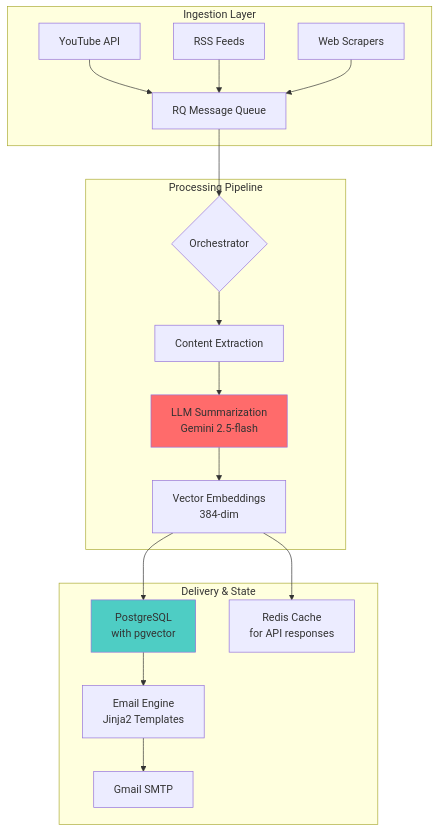
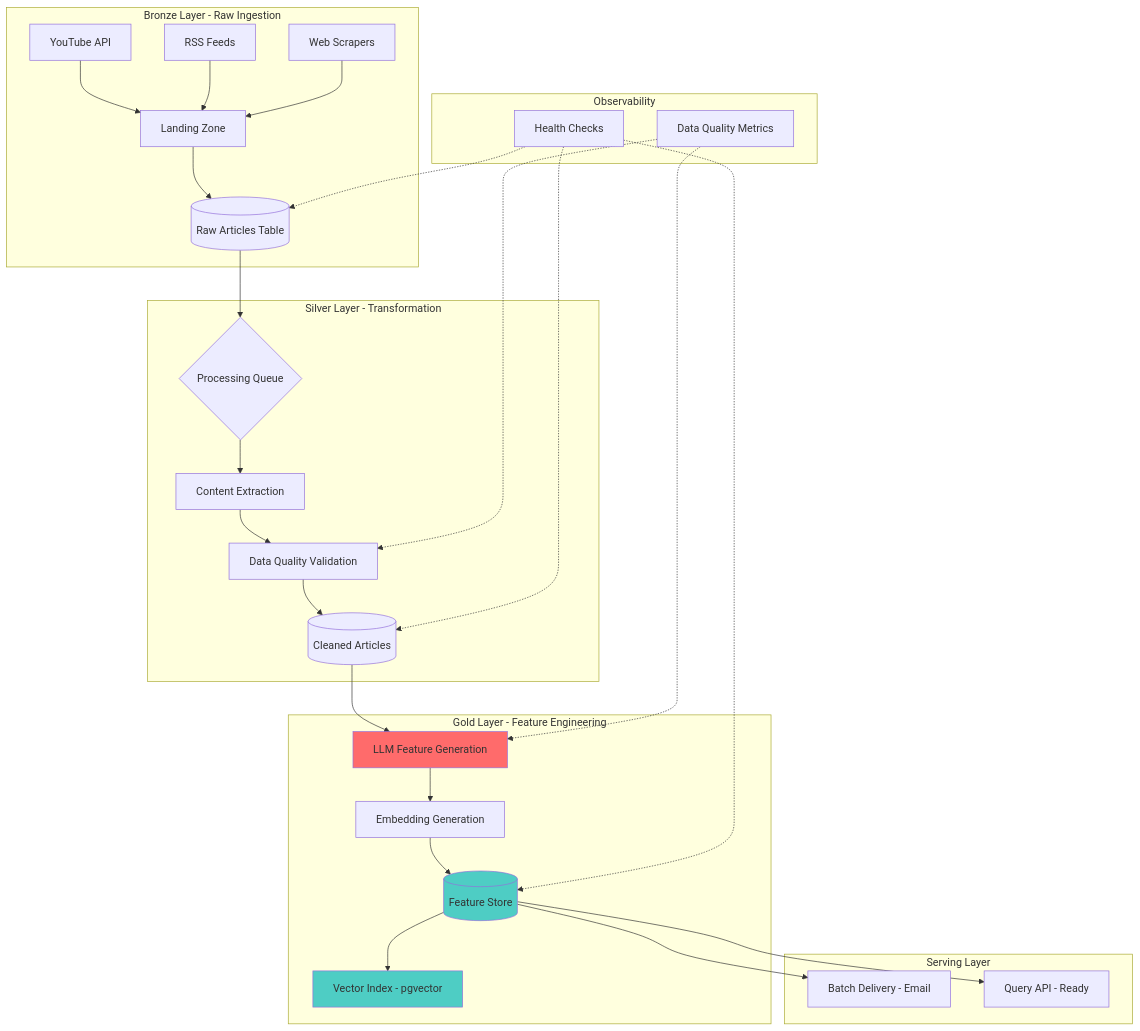
Before and after one commit to JoelJohnsonThomas/nexus-pipeline: the diagram in README.md, drawn with Mermaid. The commit also changed other lines of this file, not shown here.

Commit message:
docs: Rework README to highlight the project as an AI-powered content intelligence data pipeline, introducing Medallion architecture, a feature store, and updated code examples.

````diff
--- a/README.md
+++ b/README.md
@@ -29,25 +23,40 @@
 ```mermaid
 graph TB
-    subgraph "Ingestion Layer"
-        A[YouTube API] --> E[RQ Message Queue]
+    subgraph "Bronze Layer - Raw Ingestion"
+        A[YouTube API] --> E[Landing Zone]
         B[RSS Feeds] --> E
         C[Web Scrapers] --> E
+        E --> D[(Raw Articles Table)]
     end
     
-    subgraph "Processing Pipeline"
-        E --> F{Orchestrator}
+    subgraph "Silver Layer - Transformation"
+        D --> F{Processing Queue}
         F --> G[Content Extraction]
-        G --> H[LLM Summarization<br/>Gemini 2.5-flash]
-        H --> I[Vector Embeddings<br/>384-dim]
+        G --> H[Data Quality Validation]
+        H --> I[(Cleaned Articles)]
     end
     
-    subgraph "Delivery & State"
-        I --> J[PostgreSQL<br/>with pgvector]
-        I --> K[Redis Cache<br/>for API responses]
-        J --> L[Email Engine<br/>Jinja2 Templates]
-        L --> M[Gmail SMTP]
+    subgraph "Gold Layer - Feature Engineering"
+        I --> J[LLM Feature Generation]
+        J --> K[Embedding Generation]
+        K --> L[(Feature Store)]
+        L --> M[Vector Index - pgvector]
     end
     
-    style H fill:#ff6b6b
-    style J fill:#4ecdc4
+    subgraph "Serving Layer"
+        L --> N[Batch Delivery - Email]
+        L --> O[Query API - Ready]
+    end
+    
+    subgraph "Observability"
+        P[Health Checks] -.-> D
+        P -.-> I
+        P -.-> L
+        Q[Data Quality Metrics] -.-> H
+        Q -.-> J
+    end
+    
+    style J fill:#ff6b6b
+    style L fill:#4ecdc4
+    style M fill:#4ecdc4
 ```
````
